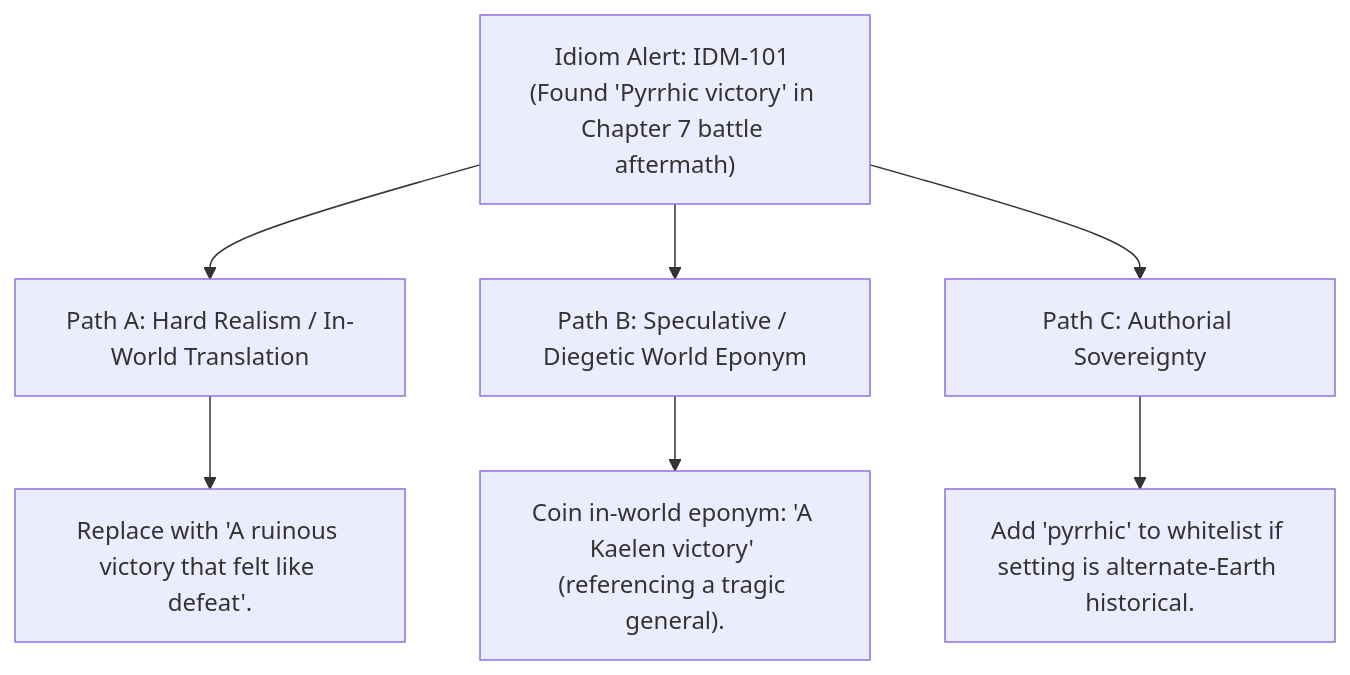
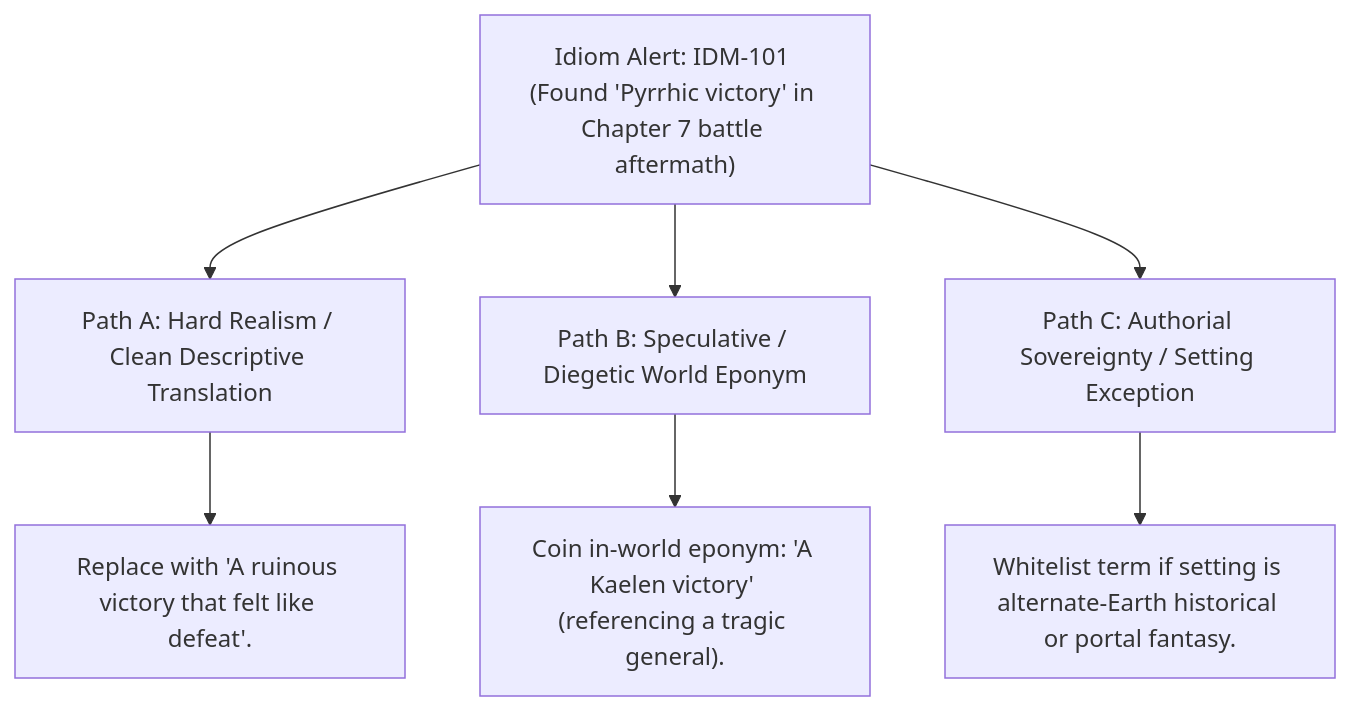
One commit to aryansinghnagar/Ars-Arcanum changed the third of 3 diagrams in docs/IDIOMS.md. Above: the diagram before and after it, drawn with Mermaid. The commit also changed other lines of this file and 12 other files, not shown here.

````diff
--- a/docs/IDIOMS.md
+++ b/docs/IDIOMS.md
@@ -185,10 +132,10 @@
 ```mermaid
 flowchart TD
-    Alert["Idiom Alert: IDM-101 (Found 'Pyrrhic victory' in Chapter 7 battle aftermath)"] --> PathA["Path A: Hard Realism / In-World Translation"]
+    Alert["Idiom Alert: IDM-101 (Found 'Pyrrhic victory' in Chapter 7 battle aftermath)"] --> PathA["Path A: Hard Realism / Clean Descriptive Translation"]
     Alert --> PathB["Path B: Speculative / Diegetic World Eponym"]
-    Alert --> PathC["Path C: Authorial Sovereignty"]
+    Alert --> PathC["Path C: Authorial Sovereignty / Setting Exception"]
     
     PathA --> SolA["Replace with 'A ruinous victory that felt like defeat'."]
     PathB --> SolB["Coin in-world eponym: 'A Kaelen victory' (referencing a tragic general)."]
-    PathC --> SolC["Add 'pyrrhic' to whitelist if setting is alternate-Earth historical."]
+    PathC --> SolC["Whitelist term if setting is alternate-Earth historical or portal fantasy."]
 ```
````
